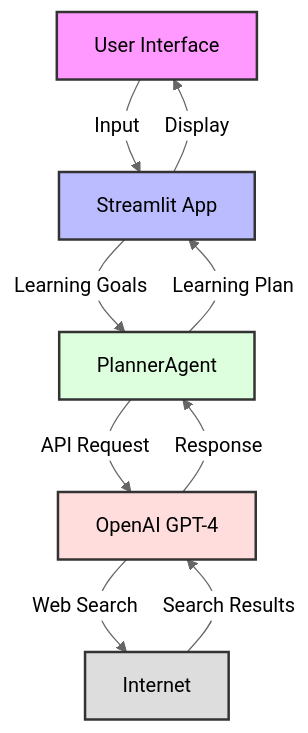
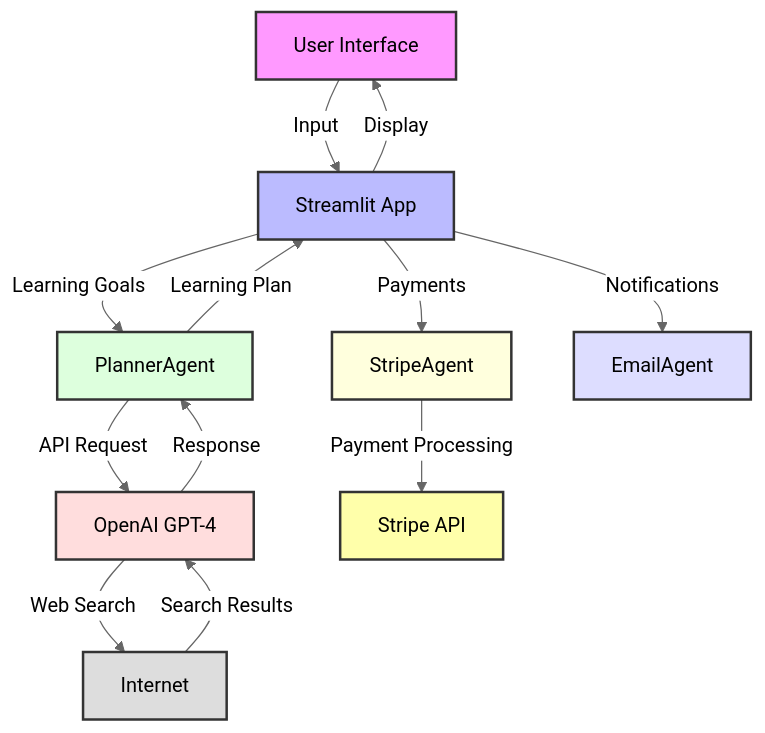
One commit to hansraj316/Projects changed the first of 5 diagrams in CoachAI/docs/README.md. Above: the diagram before and after it, drawn with Mermaid (neutral theme). The commit also changed other lines of this file and 27 other files, not shown here.

Commit message:
Enhance CoachAI with Stripe integration for subscription management, including new payment handling in StripeAgent, updated LearningGoal model, and improved UI for API key configuration and subscription options. Update documentation to reflect new features and user flow.

````diff
--- a/CoachAI/docs/README.md
+++ b/CoachAI/docs/README.md
@@ -18,17 +21,23 @@
 ```mermaid
 graph TD
     A[User Interface] -->|Input| B[Streamlit App]
     B -->|Learning Goals| C[PlannerAgent]
+    B -->|Payments| S[StripeAgent]
+    B -->|Notifications| E[EmailAgent]
     C -->|API Request| D[OpenAI GPT-4]
-    D -->|Web Search| E[Internet]
-    E -->|Search Results| D
+    S -->|Payment Processing| P[Stripe API]
+    D -->|Web Search| I[Internet]
+    I -->|Search Results| D
     D -->|Response| C
     C -->|Learning Plan| B
     B -->|Display| A
 
     style A fill:#f9f,stroke:#333,stroke-width:2px
     style B fill:#bbf,stroke:#333,stroke-width:2px
     style C fill:#dfd,stroke:#333,stroke-width:2px
     style D fill:#fdd,stroke:#333,stroke-width:2px
-    style E fill:#ddd,stroke:#333,stroke-width:2px
+    style E fill:#ddf,stroke:#333,stroke-width:2px
+    style S fill:#ffd,stroke:#333,stroke-width:2px
+    style P fill:#ffa,stroke:#333,stroke-width:2px
+    style I fill:#ddd,stroke:#333,stroke-width:2px
 ```
````
